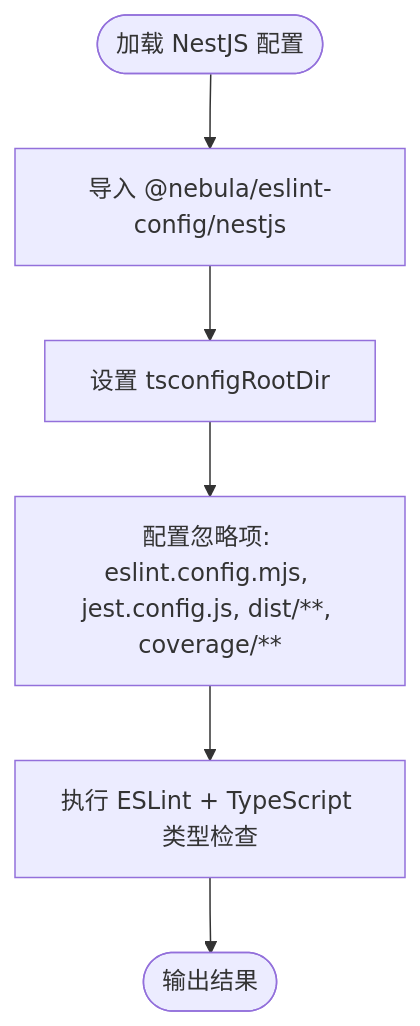
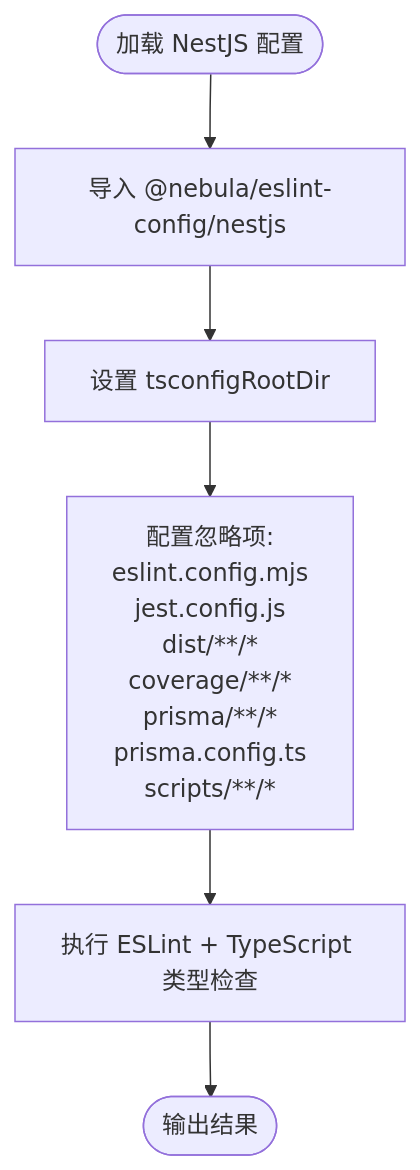
The third of 5 diagrams in .qoder/repowiki/zh/content/开发工具/代码检查.md (translateServers/nodes-stack), drawn with Mermaid before and after one commit. The commit also changed other lines of this file and 4 other files, not shown here.

First line of the commit message:
docs(knowledge): 更新 ESLint 忽略模式，支持 Prisma 文件及脚本目录

````diff
--- a/.qoder/repowiki/zh/content/开发工具/代码检查.md
+++ b/.qoder/repowiki/zh/content/开发工具/代码检查.md
@@ -141,8 +149,8 @@
 ```mermaid
 flowchart TD
 Start(["加载 NestJS 配置"]) --> ImportBase["导入 @nebula/eslint-config/nestjs"]
 ImportBase --> SetTsRoot["设置 tsconfigRootDir"]
-SetTsRoot --> Ignores["配置忽略项: eslint.config.mjs, jest.config.js, dist/**, coverage/**"]
+SetTsRoot --> Ignores["配置忽略项:<br/>eslint.config.mjs<br/>jest.config.js<br/>dist/**/*<br/>coverage/**/*<br/>prisma/**/*<br/>prisma.config.ts<br/>scripts/**/*"]
 Ignores --> RunLint["执行 ESLint + TypeScript 类型检查"]
 RunLint --> End(["输出结果"])
 ```
````
